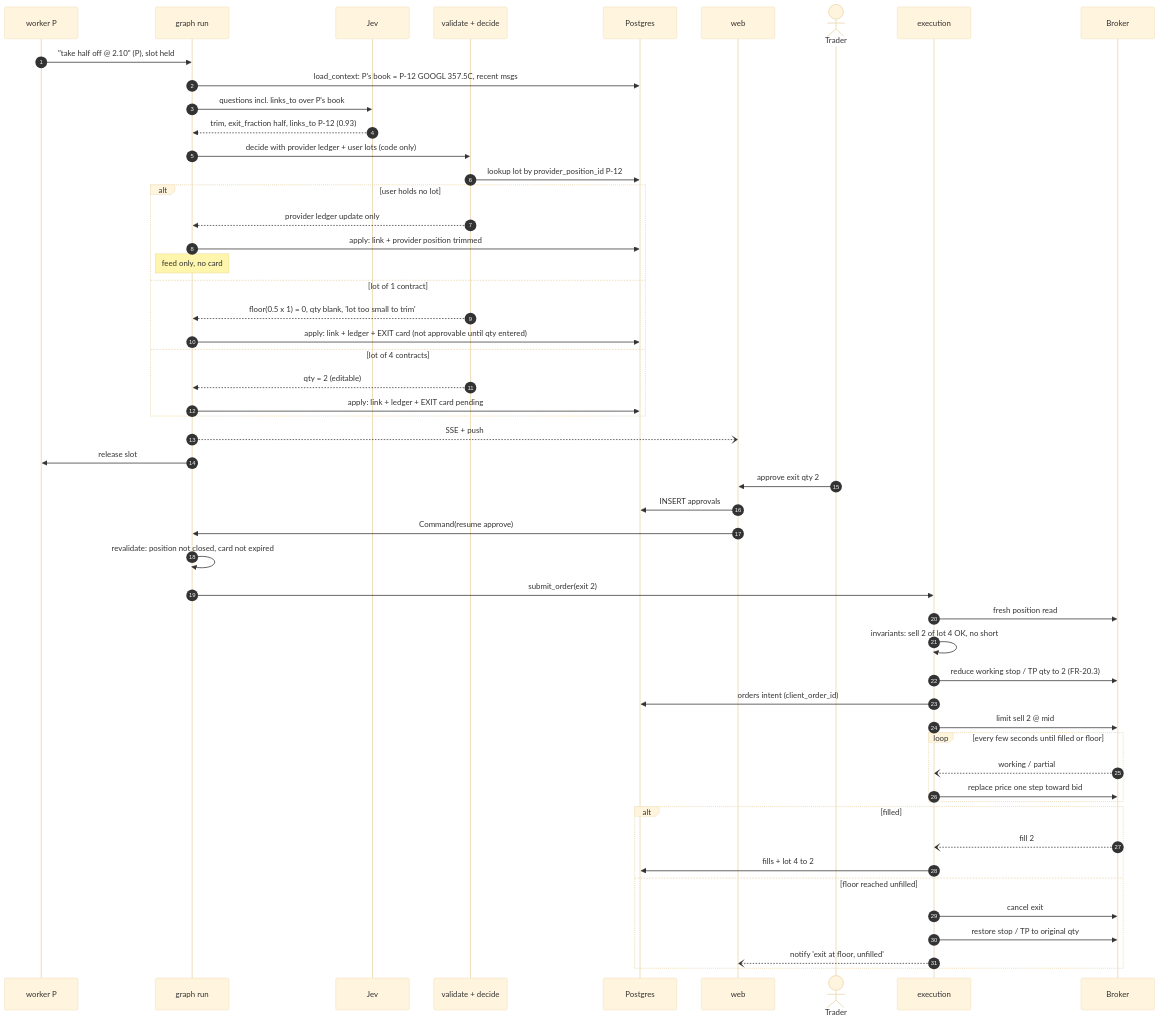
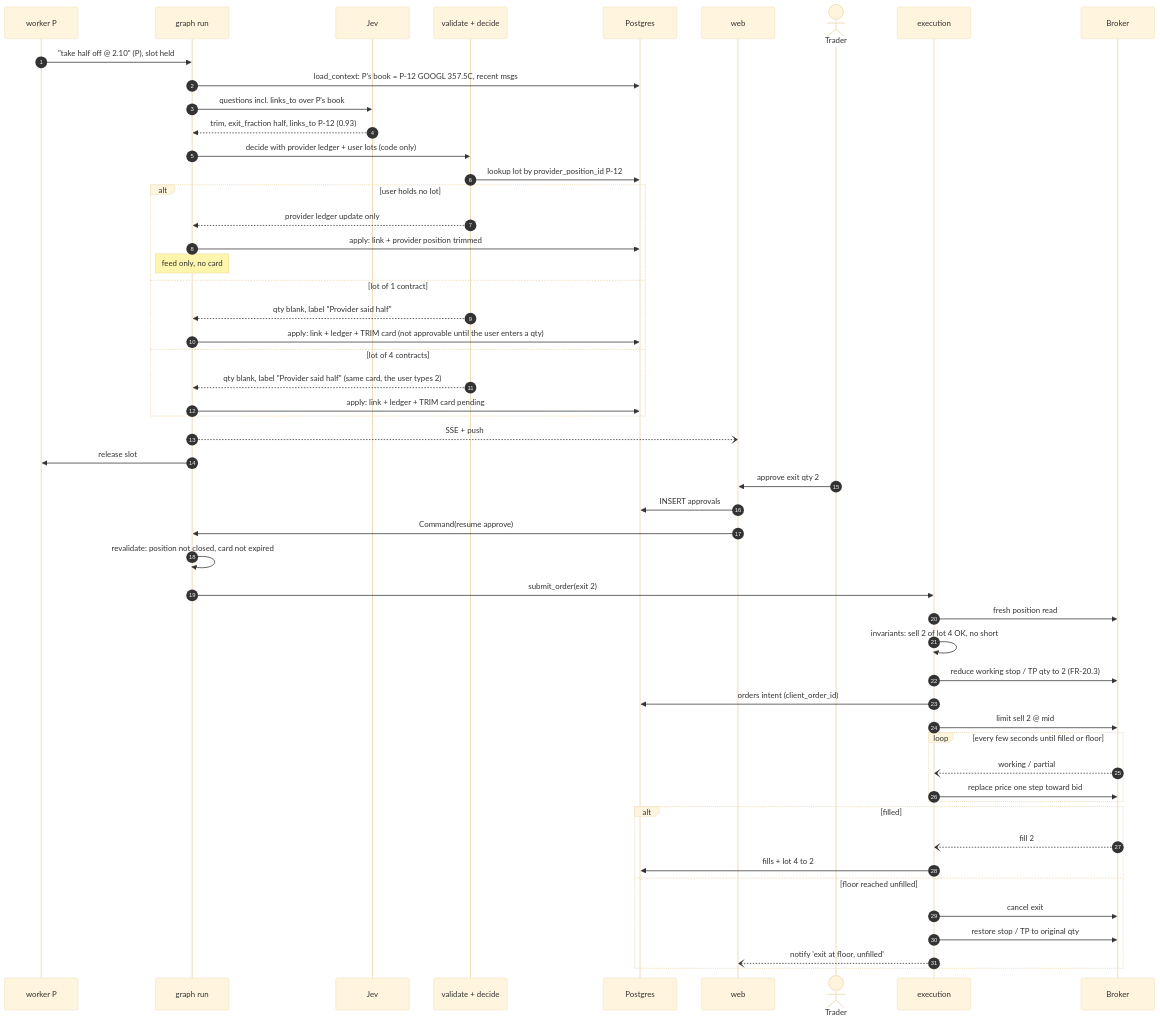
One commit to idolrun/trading-agent changed the second of 12 diagrams in docs/diagrams/06-sequence-diagrams.md. Above: the diagram before and after it, drawn with Mermaid (base theme). The commit also changed other lines of this file and 204 other files, not shown here.

Commit message:
feat: F085 user-entered quantity, desk UI rework, bounded provider-name lookup

````diff
--- a/docs/diagrams/06-sequence-diagrams.md
+++ b/docs/diagrams/06-sequence-diagrams.md
@@ -84,55 +84,55 @@
 ```mermaid
 sequenceDiagram
     autonumber
     participant WP as worker P
     participant G as graph run
     participant J as Jev
     participant VD as validate + decide
     participant DB as Postgres
     participant W as web
     actor U as Trader
     participant X as execution
     participant B as Broker
 
     WP->>G: "take half off @ 2.10" (P), slot held
     G->>DB: load_context: P's book = P-12 GOOGL 357.5C, recent msgs
     G->>J: questions incl. links_to over P's book
     J-->>G: trim, exit_fraction half, links_to P-12 (0.93)
     G->>VD: decide with provider ledger + user lots (code only)
     VD->>DB: lookup lot by provider_position_id P-12
     alt user holds no lot
         VD-->>G: provider ledger update only
         G->>DB: apply: link + provider position trimmed
         Note over G: feed only, no card
     else lot of 1 contract
-        VD-->>G: floor(0.5 x 1) = 0, qty blank, 'lot too small to trim'
-        G->>DB: apply: link + ledger + EXIT card (not approvable until qty entered)
+        VD-->>G: qty blank, label "Provider said half"
+        G->>DB: apply: link + ledger + TRIM card (not approvable until the user enters a qty)
     else lot of 4 contracts
-        VD-->>G: qty = 2 (editable)
-        G->>DB: apply: link + ledger + EXIT card pending
+        VD-->>G: qty blank, label "Provider said half" (same card, the user types 2)
+        G->>DB: apply: link + ledger + TRIM card pending
     end
     G--)W: SSE + push
     G->>WP: release slot
     U->>W: approve exit qty 2
     W->>DB: INSERT approvals
     W->>G: Command(resume approve)
     G->>G: revalidate: position not closed, card not expired
     G->>X: submit_order(exit 2)
     X->>B: fresh position read
     X->>X: invariants: sell 2 of lot 4 OK, no short
     X->>B: reduce working stop / TP qty to 2 (FR-20.3)
     X->>DB: orders intent (client_order_id)
     X->>B: limit sell 2 @ mid
     loop every few seconds until filled or floor
         B--)X: working / partial
         X->>B: replace price one step toward bid
     end
     alt filled
         B--)X: fill 2
         X->>DB: fills + lot 4 to 2
     else floor reached unfilled
         X->>B: cancel exit
         X->>B: restore stop / TP to original qty
         X--)W: notify 'exit at floor, unfilled'
     end
 ```
````
